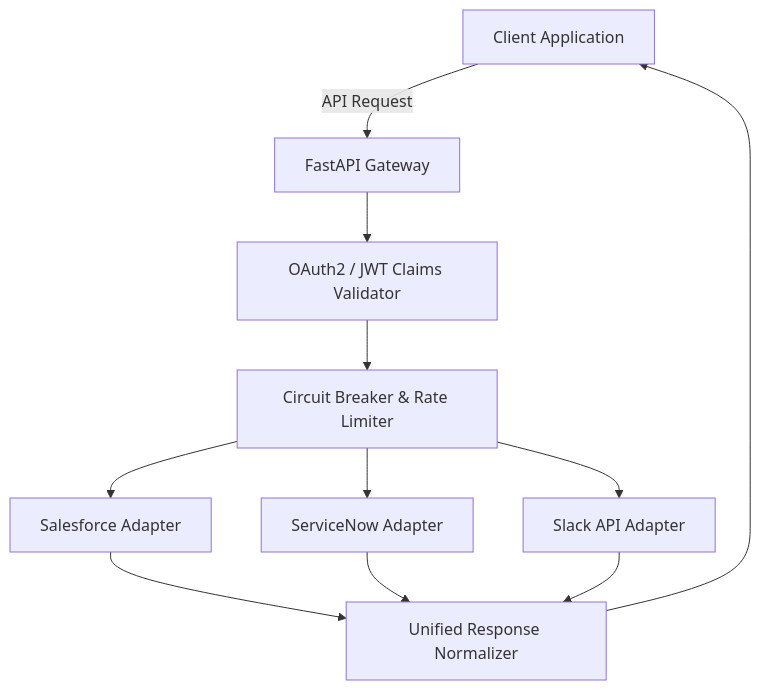
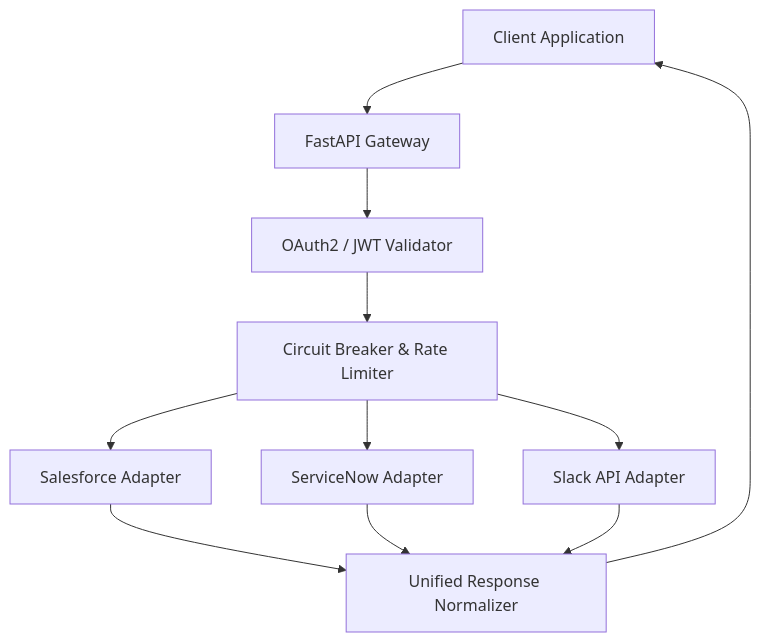
Before and after one commit to sricheru/agentic-ai-portfolio: diagram 11 of 20 in genai_enterprise_usecases/ARCHITECTURE_GUIDE.md, drawn with Mermaid. The commit also changed other lines of this file, not shown here.

Commit message:
fix(mermaid): switch to pure flowchart TD and remove label collisions

````diff
--- a/genai_enterprise_usecases/ARCHITECTURE_GUIDE.md
+++ b/genai_enterprise_usecases/ARCHITECTURE_GUIDE.md
@@ -240,13 +239,13 @@
 ```mermaid
-graph TD
-    ClientApp["Client Application"] -->|API Request| Gateway["FastAPI Gateway"]
-    Gateway --> Auth["OAuth2 / JWT Claims Validator"]
-    Auth --> CircuitBreaker["Circuit Breaker & Rate Limiter"]
-    CircuitBreaker --> CRM["Salesforce Adapter"]
-    CircuitBreaker --> ITSM["ServiceNow Adapter"]
-    CircuitBreaker --> Slack["Slack API Adapter"]
-    CRM --> Normalizer["Unified Response Normalizer"]
+flowchart TD
+    ClientApp[Client Application] --> Gateway[FastAPI Gateway]
+    Gateway --> Auth[OAuth2 / JWT Validator]
+    Auth --> CircuitBreaker[Circuit Breaker & Rate Limiter]
+    CircuitBreaker --> CRM[Salesforce Adapter]
+    CircuitBreaker --> ITSM[ServiceNow Adapter]
+    CircuitBreaker --> Slack[Slack API Adapter]
+    CRM --> Normalizer[Unified Response Normalizer]
     ITSM --> Normalizer
     Slack --> Normalizer
     Normalizer --> ClientApp
 ```
````
